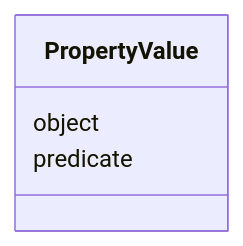
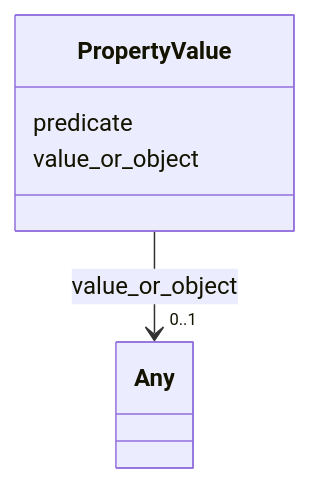
One commit to INCATools/ontology-access-kit changed the diagram in association/PropertyValue.md. Above: the diagram before and after it, drawn with Mermaid. The commit also changed other lines of this file and 370 other files, not shown here.

````diff
--- a/association/PropertyValue.md
+++ b/association/PropertyValue.md
@@ -19,10 +19,17 @@
 ```{mermaid}
  classDiagram
     class PropertyValue
     click PropertyValue href "../PropertyValue"
-      PropertyValue : object
+      PropertyValue : predicate
         
-      PropertyValue : predicate
+      PropertyValue : value_or_object
+        
+          
+    
+    
+    PropertyValue --> "0..1" Any : value_or_object
+    click Any href "../Any"
+
         
       
 ```
````
